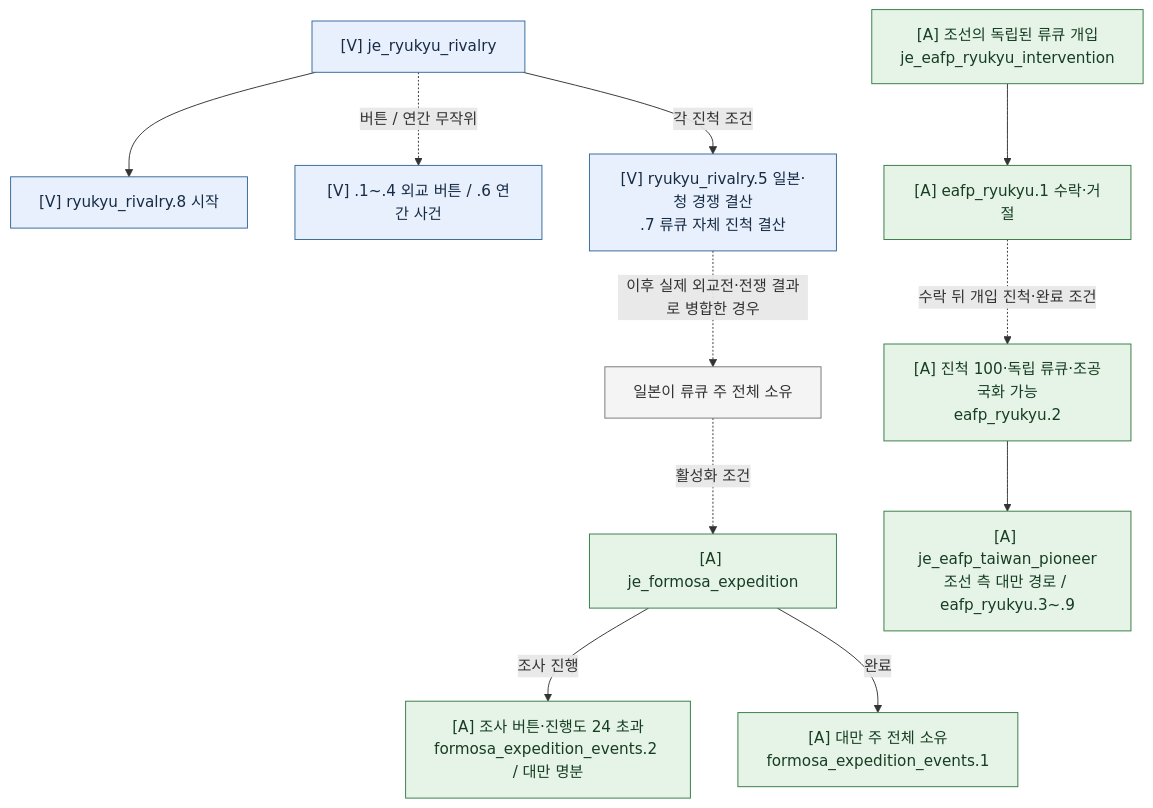
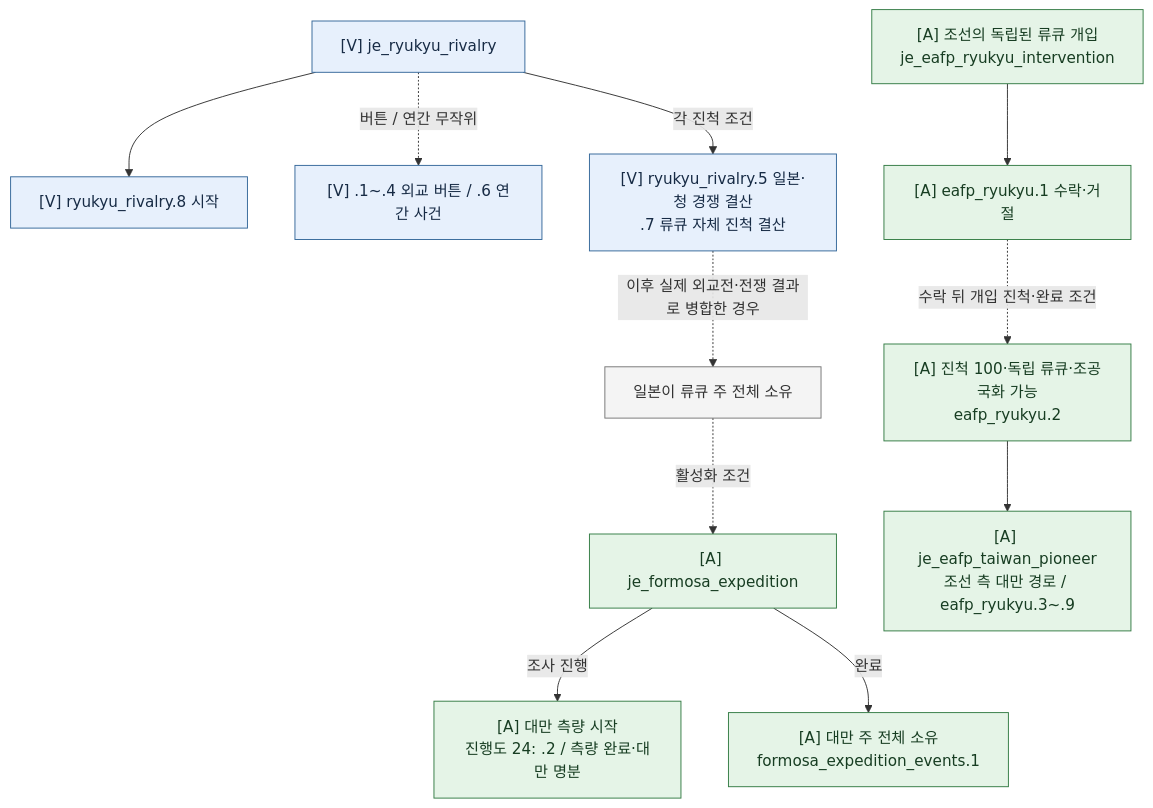
One commit to East-Asia-Flavor-Pack/East-Asia-Flavor-Pack changed diagram 11 of 13 in documentation/japan_content.md. Above: the diagram before and after it, drawn with Mermaid. The commit also changed other lines of this file and 7 other files, not shown here.

````diff
--- a/documentation/japan_content.md
+++ b/documentation/japan_content.md
@@ -900,31 +900,31 @@
 ```mermaid
 flowchart TD
     R["[V] je_ryukyu_rivalry"]:::V
     RI["[V] ryukyu_rivalry.8 시작"]:::V
     RR["[V] .1~.4 외교 버튼 / .6 연간 사건"]:::V
     RE["[V] ryukyu_rivalry.5 일본·청 경쟁 결산<br/>.7 류큐 자체 진척 결산"]:::V
     OWNS["일본이 류큐 주 전체 소유"]:::N
     F["[A] je_formosa_expedition"]:::A
-    SURVEY["[A] 조사 버튼·진행도 24 초과<br/>formosa_expedition_events.2 / 대만 명분"]:::A
+    SURVEY["[A] 대만 측량 시작<br/>진행도 24: .2 / 측량 완료·대만 명분"]:::A
     FE["[A] 대만 주 전체 소유<br/>formosa_expedition_events.1"]:::A
     K["[A] 조선의 독립된 류큐 개입<br/>je_eafp_ryukyu_intervention"]:::A
     KI["[A] eafp_ryukyu.1 수락·거절"]:::A
     KR["[A] 진척 100·독립 류큐·조공국화 가능<br/>eafp_ryukyu.2"]:::A
     KT["[A] je_eafp_taiwan_pioneer<br/>조선 측 대만 경로 / eafp_ryukyu.3~.9"]:::A
     R --> RI
     R -. "버튼 / 연간 무작위" .-> RR
     R -->|각 진척 조건| RE
     RE -. "이후 실제 외교전·전쟁 결과로 병합한 경우" .-> OWNS
     OWNS -. "활성화 조건" .-> F
     F -->|조사 진행| SURVEY
     F -->|완료| FE
     K --> KI
     KI -. "수락 뒤 개입 진척·완료 조건" .-> KR
     KR --> KT
     classDef V fill:#e7f0fc,stroke:#35689a,color:#172b45;
     classDef M fill:#fff0d9,stroke:#b76a16,color:#4d2b05;
     classDef A fill:#e5f4e7,stroke:#347c45,color:#173d22;
     classDef U fill:#eeeeee,stroke:#777777,color:#333333,stroke-dasharray:5 5;
     classDef N fill:#f4f4f4,stroke:#777777,color:#333333;
 
 ```
````
